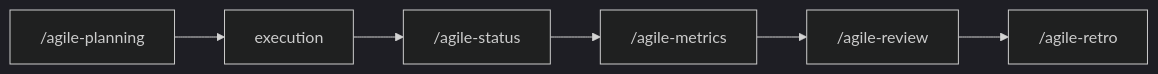
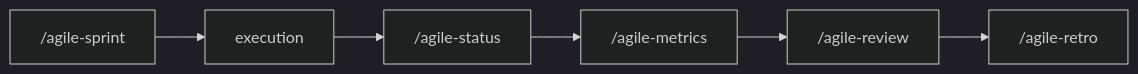
One commit to djalmajr/essential-skills changed the diagram in skills/agile-metrics/README.md. Above: the diagram before and after it, drawn with Mermaid (dark theme). The commit also changed other lines of this file and 33 other files, not shown here.

First line of the commit message:
refactor(skills): rename agile-planning→agile-sprint, agile-task→agile-story

````diff
--- a/skills/agile-metrics/README.md
+++ b/skills/agile-metrics/README.md
@@ -49,8 +49,8 @@
 ```mermaid
 flowchart LR
-    A["/agile-planning"] --> B[execution]
+    A["/agile-sprint"] --> B[execution]
     B --> C["/agile-status"]
     C --> D["/agile-metrics"]
     D --> E["/agile-review"]
     E --> F["/agile-retro"]
 ```
````
